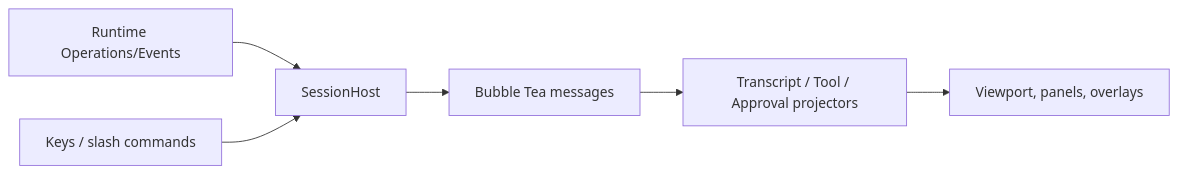
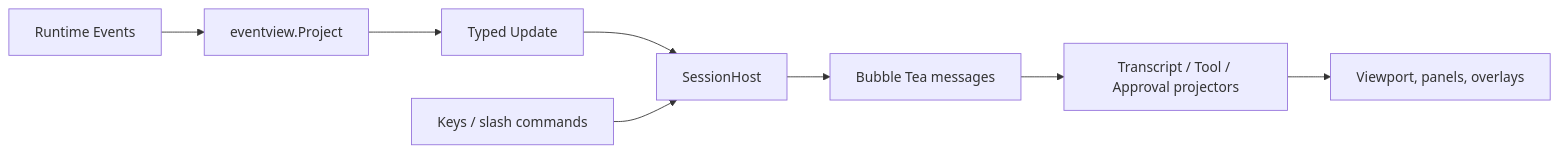
Before and after one commit to fwtllh-png/CodeHelper: the diagram in docs/book/en/10-hosts-protocols/02-tui.md, drawn with Mermaid. The commit also changed other lines of this file and 3 other files, not shown here.

````diff
--- a/docs/book/en/10-hosts-protocols/02-tui.md
+++ b/docs/book/en/10-hosts-protocols/02-tui.md
@@ -34,8 +37,10 @@
 ```mermaid
 flowchart LR
-    R[Runtime Operations/Events] --> H[SessionHost]
+    R[Runtime Events] --> P[eventview.Project]
+    P --> U[Typed Update]
+    U --> H[SessionHost]
     H --> M[Bubble Tea messages]
-    M --> P[Transcript / Tool / Approval projectors]
-    P --> V[Viewport, panels, overlays]
-    U[Keys / slash commands] --> H
+    M --> T[Transcript / Tool / Approval projectors]
+    T --> V[Viewport, panels, overlays]
+    K[Keys / slash commands] --> H
 ```
````
